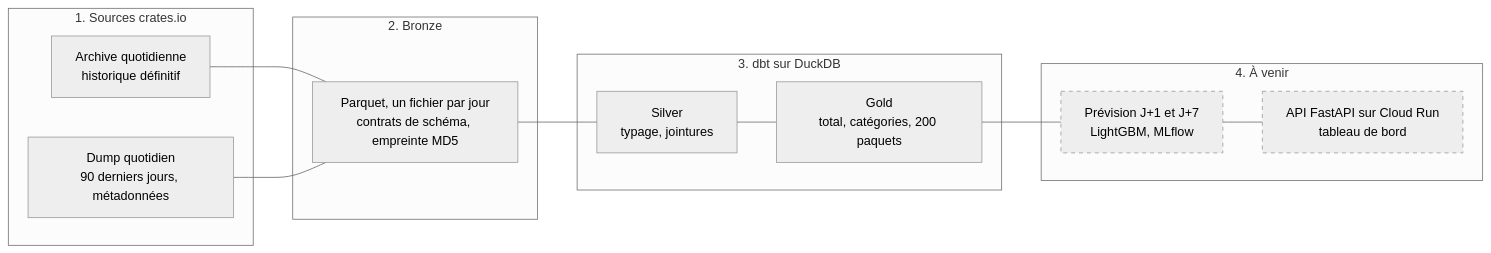
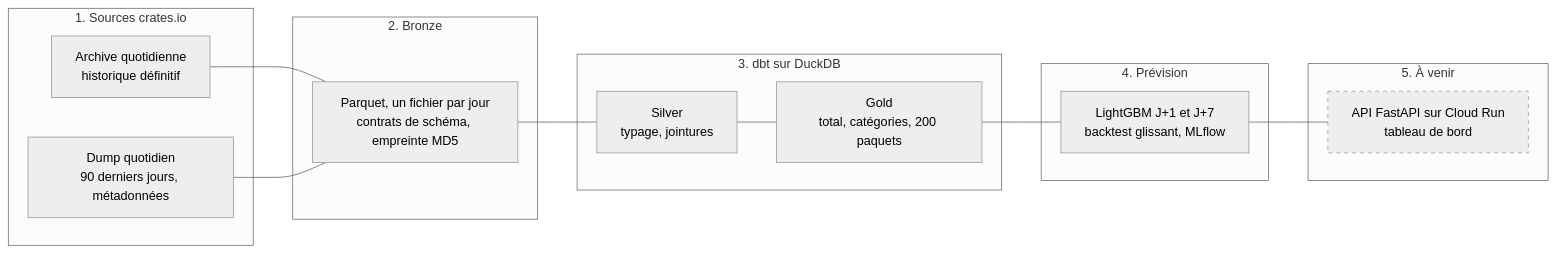
Before and after one commit to MohamedRadhi52/pkgpulse: the diagram in README.md, drawn with Mermaid (neutral theme). The commit also changed other lines of this file and 11 other files, not shown here.

Commit message:
LightGBM global et suivi MLflow

````diff
--- a/README.md
+++ b/README.md
@@ -35,23 +38,25 @@
 ```mermaid
 flowchart LR
     subgraph S["1. Sources crates.io"]
         A["Archive quotidienne<br/>historique définitif"]
         D["Dump quotidien<br/>90 derniers jours, métadonnées"]
     end
     subgraph B["2. Bronze"]
         P["Parquet, un fichier par jour<br/>contrats de schéma, empreinte MD5"]
     end
     subgraph T["3. dbt sur DuckDB"]
         SV["Silver<br/>typage, jointures"]
         G["Gold<br/>total, catégories, 200 paquets"]
     end
-    subgraph N["4. À venir"]
-        F["Prévision J+1 et J+7<br/>LightGBM, MLflow"]
+    subgraph M["4. Prévision"]
+        F["LightGBM J+1 et J+7<br/>backtest glissant, MLflow"]
+    end
+    subgraph N["5. À venir"]
         X["API FastAPI sur Cloud Run<br/>tableau de bord"]
     end
     A --- P
     D --- P
     P --- SV --- G --- F --- X
     classDef todo stroke-dasharray: 5 5
-    class F,X todo
+    class X todo
 ```
````
